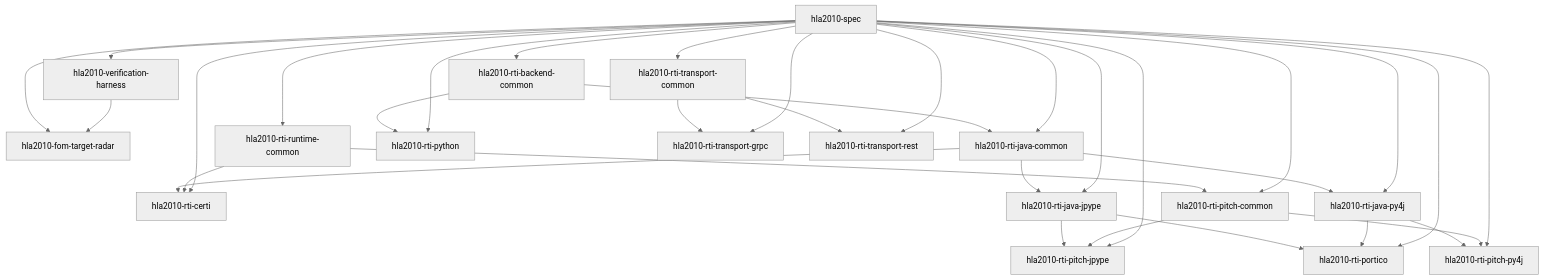
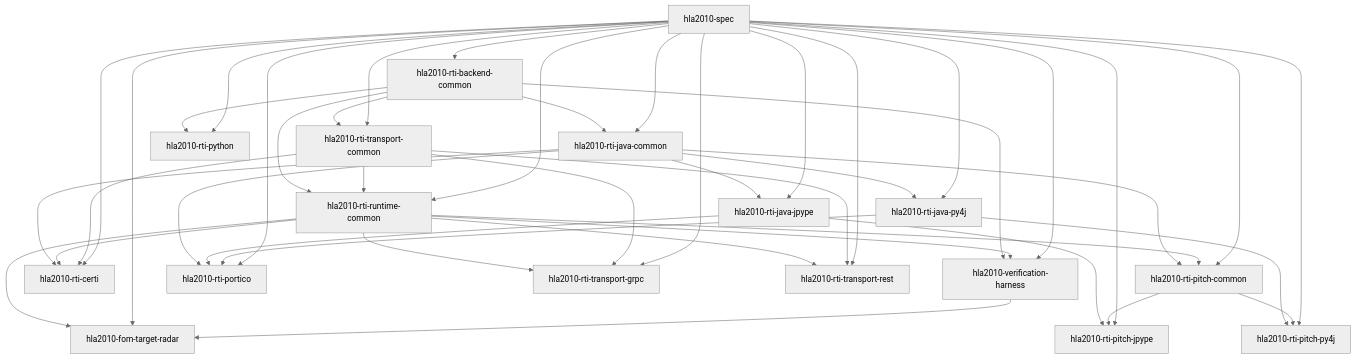
One commit to sheepfling/sturdy-broccoli changed the diagram in docs/package_dependency_tree.md. Above: the diagram before and after it, drawn with Mermaid (neutral theme). The commit also changed other lines of this file and 496 other files, not shown here.

````diff
--- a/docs/package_dependency_tree.md
+++ b/docs/package_dependency_tree.md
@@ -30,36 +31,47 @@
 ```mermaid
 graph TD
+    hla2010_rti_runtime_common[hla2010-rti-runtime-common] --> hla2010_fom_target_radar[hla2010-fom-target-radar]
     hla2010_spec[hla2010-spec] --> hla2010_fom_target_radar[hla2010-fom-target-radar]
     hla2010_verification_harness[hla2010-verification-harness] --> hla2010_fom_target_radar[hla2010-fom-target-radar]
     hla2010_spec[hla2010-spec] --> hla2010_rti_backend_common[hla2010-rti-backend-common]
     hla2010_rti_java_common[hla2010-rti-java-common] --> hla2010_rti_certi[hla2010-rti-certi]
     hla2010_rti_runtime_common[hla2010-rti-runtime-common] --> hla2010_rti_certi[hla2010-rti-certi]
+    hla2010_rti_transport_common[hla2010-rti-transport-common] --> hla2010_rti_certi[hla2010-rti-certi]
     hla2010_spec[hla2010-spec] --> hla2010_rti_certi[hla2010-rti-certi]
     hla2010_rti_backend_common[hla2010-rti-backend-common] --> hla2010_rti_java_common[hla2010-rti-java-common]
     hla2010_spec[hla2010-spec] --> hla2010_rti_java_common[hla2010-rti-java-common]
     hla2010_rti_java_common[hla2010-rti-java-common] --> hla2010_rti_java_jpype[hla2010-rti-java-jpype]
     hla2010_spec[hla2010-spec] --> hla2010_rti_java_jpype[hla2010-rti-java-jpype]
     hla2010_rti_java_common[hla2010-rti-java-common] --> hla2010_rti_java_py4j[hla2010-rti-java-py4j]
     hla2010_spec[hla2010-spec] --> hla2010_rti_java_py4j[hla2010-rti-java-py4j]
+    hla2010_rti_java_common[hla2010-rti-java-common] --> hla2010_rti_pitch_common[hla2010-rti-pitch-common]
     hla2010_rti_runtime_common[hla2010-rti-runtime-common] --> hla2010_rti_pitch_common[hla2010-rti-pitch-common]
     hla2010_spec[hla2010-spec] --> hla2010_rti_pitch_common[hla2010-rti-pitch-common]
     hla2010_rti_java_jpype[hla2010-rti-java-jpype] --> hla2010_rti_pitch_jpype[hla2010-rti-pitch-jpype]
     hla2010_rti_pitch_common[hla2010-rti-pitch-common] --> hla2010_rti_pitch_jpype[hla2010-rti-pitch-jpype]
     hla2010_spec[hla2010-spec] --> hla2010_rti_pitch_jpype[hla2010-rti-pitch-jpype]
     hla2010_rti_java_py4j[hla2010-rti-java-py4j] --> hla2010_rti_pitch_py4j[hla2010-rti-pitch-py4j]
     hla2010_rti_pitch_common[hla2010-rti-pitch-common] --> hla2010_rti_pitch_py4j[hla2010-rti-pitch-py4j]
     hla2010_spec[hla2010-spec] --> hla2010_rti_pitch_py4j[hla2010-rti-pitch-py4j]
+    hla2010_rti_java_common[hla2010-rti-java-common] --> hla2010_rti_portico[hla2010-rti-portico]
     hla2010_rti_java_jpype[hla2010-rti-java-jpype] --> hla2010_rti_portico[hla2010-rti-portico]
     hla2010_rti_java_py4j[hla2010-rti-java-py4j] --> hla2010_rti_portico[hla2010-rti-portico]
     hla2010_spec[hla2010-spec] --> hla2010_rti_portico[hla2010-rti-portico]
     hla2010_rti_backend_common[hla2010-rti-backend-common] --> hla2010_rti_python[hla2010-rti-python]
     hla2010_spec[hla2010-spec] --> hla2010_rti_python[hla2010-rti-python]
+    hla2010_rti_backend_common[hla2010-rti-backend-common] --> hla2010_rti_runtime_common[hla2010-rti-runtime-common]
+    hla2010_rti_transport_common[hla2010-rti-transport-common] --> hla2010_rti_runtime_common[hla2010-rti-runtime-common]
     hla2010_spec[hla2010-spec] --> hla2010_rti_runtime_common[hla2010-rti-runtime-common]
+    hla2010_rti_backend_common[hla2010-rti-backend-common] --> hla2010_rti_transport_common[hla2010-rti-transport-common]
     hla2010_spec[hla2010-spec] --> hla2010_rti_transport_common[hla2010-rti-transport-common]
+    hla2010_rti_runtime_common[hla2010-rti-runtime-common] --> hla2010_rti_transport_grpc[hla2010-rti-transport-grpc]
     hla2010_rti_transport_common[hla2010-rti-transport-common] --> hla2010_rti_transport_grpc[hla2010-rti-transport-grpc]
     hla2010_spec[hla2010-spec] --> hla2010_rti_transport_grpc[hla2010-rti-transport-grpc]
+    hla2010_rti_runtime_common[hla2010-rti-runtime-common] --> hla2010_rti_transport_rest[hla2010-rti-transport-rest]
     hla2010_rti_transport_common[hla2010-rti-transport-common] --> hla2010_rti_transport_rest[hla2010-rti-transport-rest]
     hla2010_spec[hla2010-spec] --> hla2010_rti_transport_rest[hla2010-rti-transport-rest]
     hla2010_spec[hla2010-spec]
+    hla2010_rti_backend_common[hla2010-rti-backend-common] --> hla2010_verification_harness[hla2010-verification-harness]
+    hla2010_rti_runtime_common[hla2010-rti-runtime-common] --> hla2010_verification_harness[hla2010-verification-harness]
     hla2010_spec[hla2010-spec] --> hla2010_verification_harness[hla2010-verification-harness]
 ```
````
